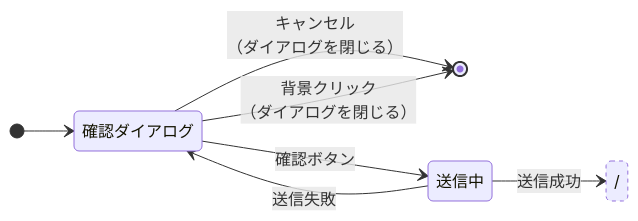
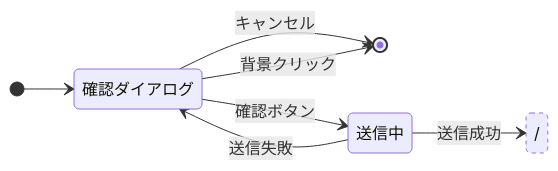
Diagram 13 of 13 in docs/screen-state.md (yukiyamasaki6/aims), drawn with Mermaid before and after one commit.

Commit message:
docs: サインアウト確認の遷移図から冗長な注記を削除する (#364)
キャンセル・背景クリックの[*]遷移に付けていた「（ダイアログを閉じる）」の注記は、他の全セクションと同様に表側にのみ記載する規約から外れていたため削除する。

````diff
--- a/docs/screen-state.md
+++ b/docs/screen-state.md
@@ -394,17 +394,17 @@
 ```mermaid
 stateDiagram-v2
     direction LR
     state "/" as Landing
 
     [*] --> 確認ダイアログ
 
-    確認ダイアログ --> [*]: キャンセル<br/>（ダイアログを閉じる）
-    確認ダイアログ --> [*]: 背景クリック<br/>（ダイアログを閉じる）
+    確認ダイアログ --> [*]: キャンセル
+    確認ダイアログ --> [*]: 背景クリック
     確認ダイアログ --> 送信中: 確認ボタン
 
     送信中 --> 確認ダイアログ: 送信失敗
     送信中 --> Landing: 送信成功
 
     classDef external stroke-dasharray: 4 4
     class Landing external
 ```
````
